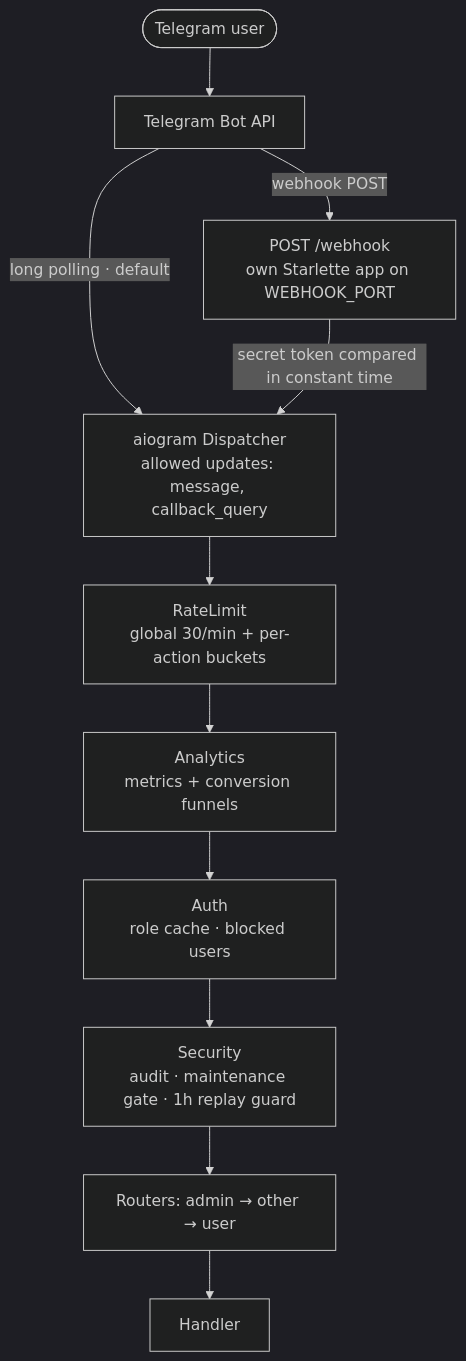
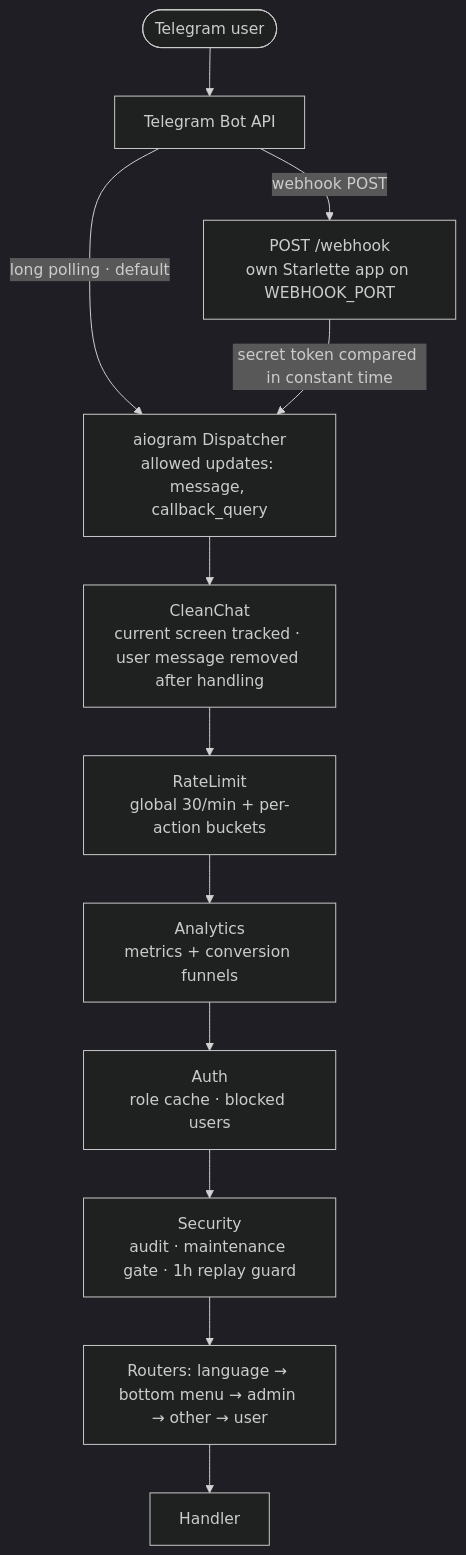
Before and after one commit to aventurine-tech/Telegram-shop: the second of 5 diagrams in README.md, drawn with Mermaid (dark theme). The commit also changed other lines of this file and 5 other files, not shown here.

````diff
--- a/README.md
+++ b/README.md
@@ -174,14 +187,15 @@
 ```mermaid
 flowchart TD
     U([Telegram user]) --> API[Telegram Bot API]
     API -->|long polling · default| DP
     API -->|webhook POST| WH["POST /webhook<br/>own Starlette app on WEBHOOK_PORT"]
     WH -->|secret token compared in constant time| DP
     DP["aiogram Dispatcher<br/>allowed updates: message, callback_query"]
-    DP --> M1["RateLimit<br/>global 30/min + per-action buckets"]
+    DP --> M0["CleanChat<br/>current screen tracked · user message removed after handling"]
+    M0 --> M1["RateLimit<br/>global 30/min + per-action buckets"]
     M1 --> M2["Analytics<br/>metrics + conversion funnels"]
     M2 --> M3["Auth<br/>role cache · blocked users"]
     M3 --> M4["Security<br/>audit · maintenance gate · 1h replay guard"]
-    M4 --> R["Routers: admin → other → user"]
+    M4 --> R["Routers: language → bottom menu → admin → other → user"]
     R --> H[Handler]
 ```
````
